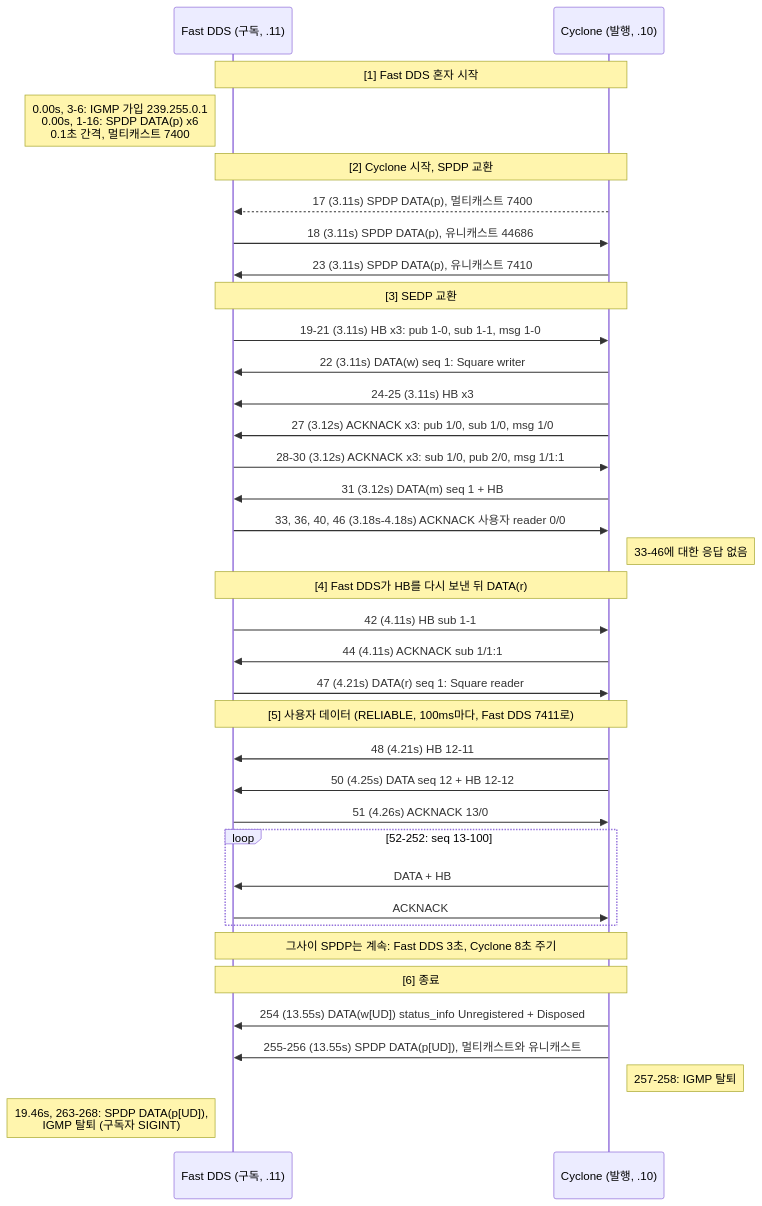
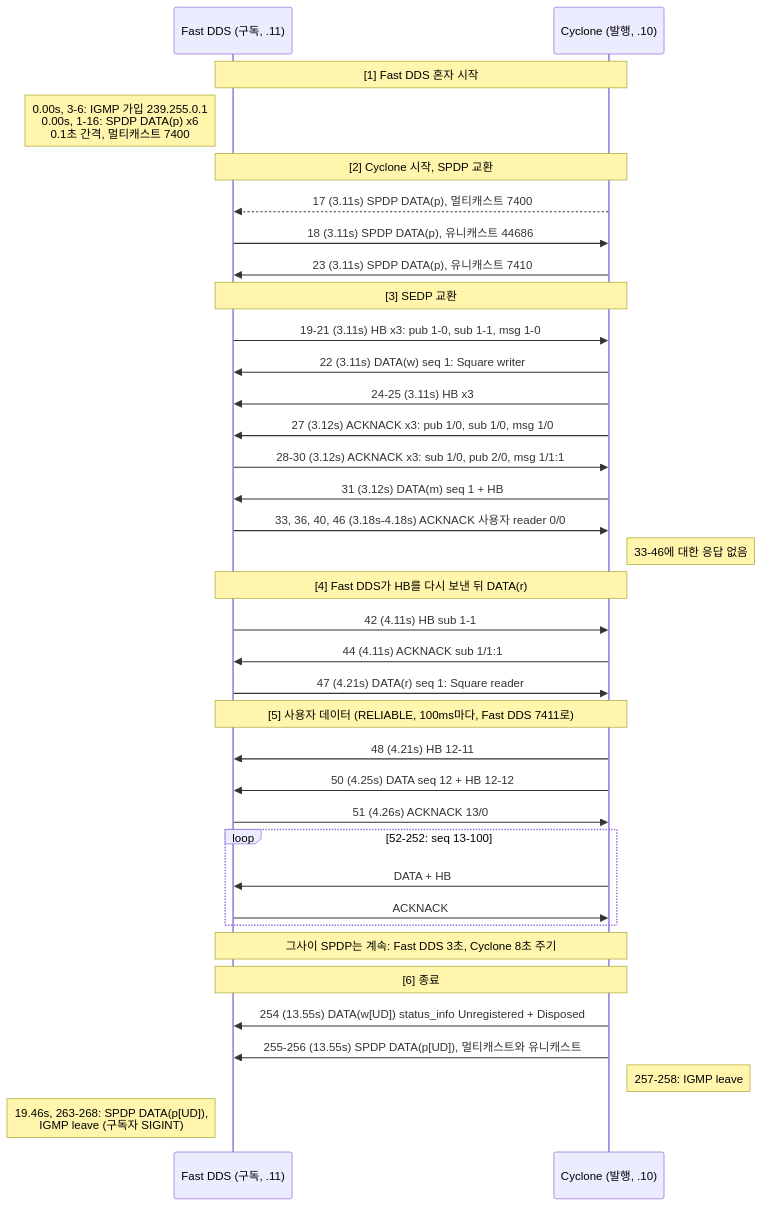
Before and after one commit to danielhongwoo/mdds: the first of 7 diagrams in captures/cyclone-fastdds/README.md, drawn with Mermaid. The commit also changed other lines of this file and 8 other files, not shown here.

````diff
--- a/captures/cyclone-fastdds/README.md
+++ b/captures/cyclone-fastdds/README.md
@@ -36,44 +36,44 @@
 ```mermaid
 sequenceDiagram
     participant F as Fast DDS (구독, .11)
     participant C as Cyclone (발행, .10)
 
     Note over F,C: [1] Fast DDS 혼자 시작
     Note left of F: 0.00s, 3-6: IGMP 가입 239.255.0.1<br/>0.00s, 1-16: SPDP DATA(p) x6<br/>0.1초 간격, 멀티캐스트 7400
 
     Note over F,C: [2] Cyclone 시작, SPDP 교환
     C-->>F: 17 (3.11s) SPDP DATA(p), 멀티캐스트 7400
     F->>C: 18 (3.11s) SPDP DATA(p), 유니캐스트 44686
     C->>F: 23 (3.11s) SPDP DATA(p), 유니캐스트 7410
 
     Note over F,C: [3] SEDP 교환
     F->>C: 19-21 (3.11s) HB x3: pub 1-0, sub 1-1, msg 1-0
     C->>F: 22 (3.11s) DATA(w) seq 1: Square writer
     C->>F: 24-25 (3.11s) HB x3
     C->>F: 27 (3.12s) ACKNACK x3: pub 1/0, sub 1/0, msg 1/0
     F->>C: 28-30 (3.12s) ACKNACK x3: sub 1/0, pub 2/0, msg 1/1:1
     C->>F: 31 (3.12s) DATA(m) seq 1 + HB
     F->>C: 33, 36, 40, 46 (3.18s-4.18s) ACKNACK 사용자 reader 0/0
     Note right of C: 33-46에 대한 응답 없음
 
     Note over F,C: [4] Fast DDS가 HB를 다시 보낸 뒤 DATA(r)
     F->>C: 42 (4.11s) HB sub 1-1
     C->>F: 44 (4.11s) ACKNACK sub 1/1:1
     F->>C: 47 (4.21s) DATA(r) seq 1: Square reader
 
     Note over F,C: [5] 사용자 데이터 (RELIABLE, 100ms마다, Fast DDS 7411로)
     C->>F: 48 (4.21s) HB 12-11
     C->>F: 50 (4.25s) DATA seq 12 + HB 12-12
     F->>C: 51 (4.26s) ACKNACK 13/0
     loop 52-252: seq 13-100
         C->>F: DATA + HB
         F->>C: ACKNACK
     end
     Note over F,C: 그사이 SPDP는 계속: Fast DDS 3초, Cyclone 8초 주기
 
     Note over F,C: [6] 종료
     C->>F: 254 (13.55s) DATA(w[UD]) status_info Unregistered + Disposed
     C->>F: 255-256 (13.55s) SPDP DATA(p[UD]), 멀티캐스트와 유니캐스트
-    Note right of C: 257-258: IGMP 탈퇴
-    Note left of F: 19.46s, 263-268: SPDP DATA(p[UD]),<br/>IGMP 탈퇴 (구독자 SIGINT)
+    Note right of C: 257-258: IGMP leave
+    Note left of F: 19.46s, 263-268: SPDP DATA(p[UD]),<br/>IGMP leave (구독자 SIGINT)
 ```
````
